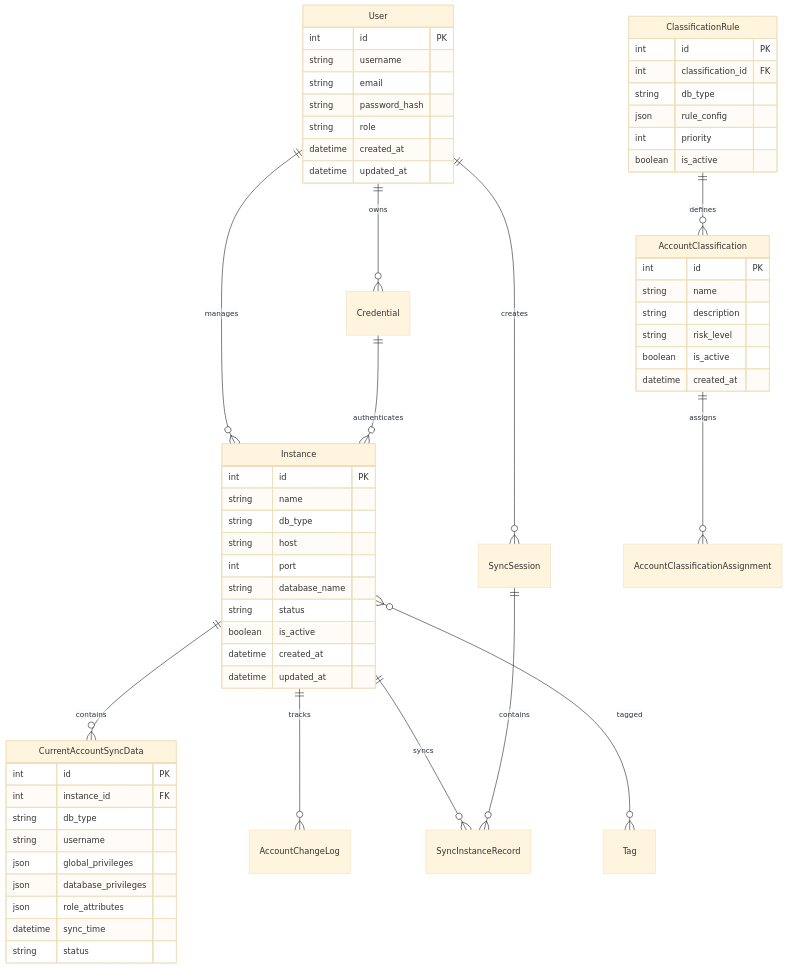
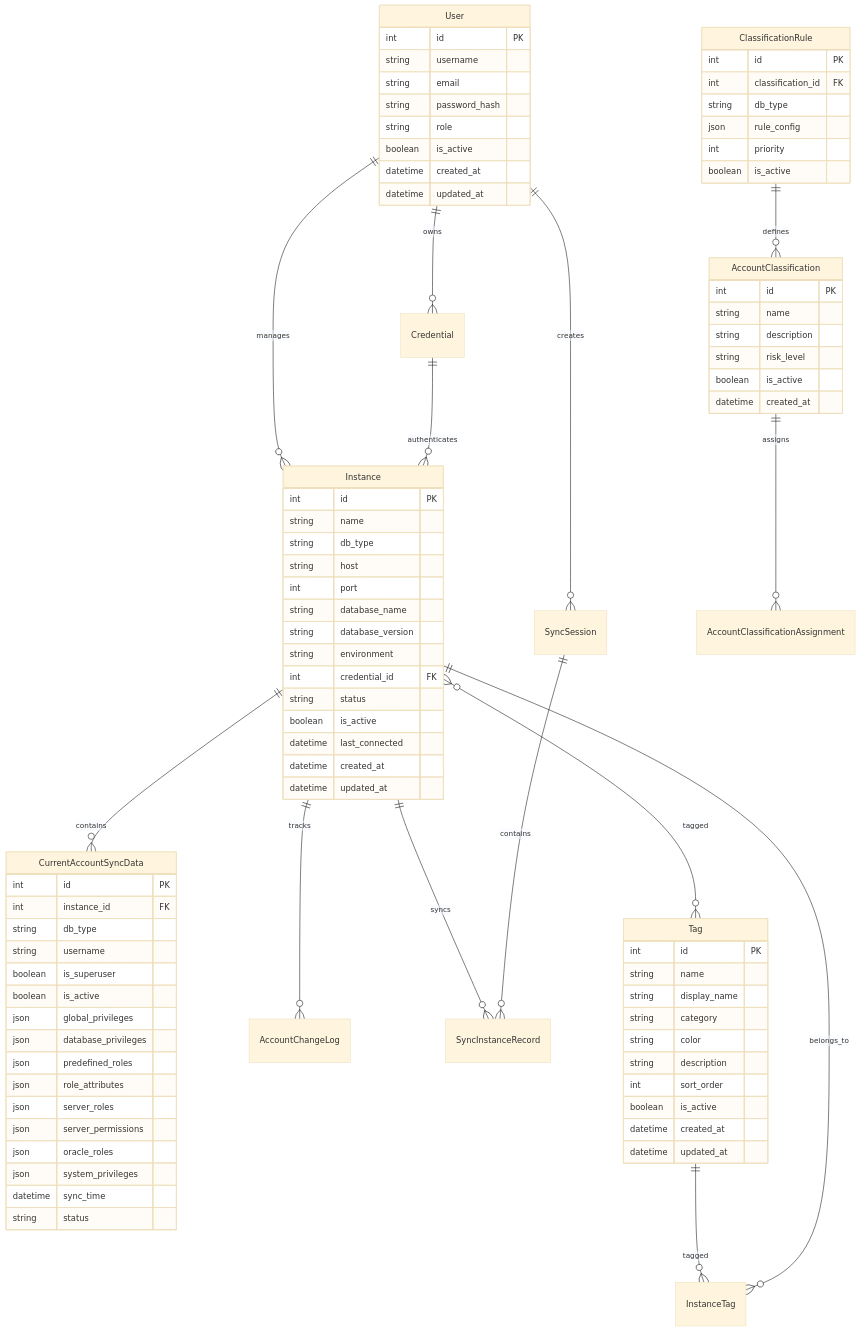
One commit to nyealovey/WhaleFall changed the third of 11 diagrams in docs/architecture/spec.md. Above: the diagram before and after it, drawn with Mermaid (base theme). The commit also changed other lines of this file and 56 other files, not shown here.

```diff
--- a/docs/architecture/spec.md
+++ b/docs/architecture/spec.md
@@ -186,12 +189,16 @@
     
     SyncSession ||--o{ SyncInstanceRecord : contains
     
+    Tag ||--o{ InstanceTag : tagged
+    InstanceTag }o--|| Instance : belongs_to
+    
     User {
         int id PK
         string username
         string email
         string password_hash
         string role
+        boolean is_active
         datetime created_at
         datetime updated_at
     }
@@ -203,8 +210,12 @@
         string host
         int port
         string database_name
+        string database_version
+        string environment
+        int credential_id FK
         string status
         boolean is_active
+        datetime last_connected
         datetime created_at
         datetime updated_at
     }
@@ -214,11 +225,31 @@
         int instance_id FK
         string db_type
         string username
+        boolean is_superuser
+        boolean is_active
         json global_privileges
         json database_privileges
+        json predefined_roles
         json role_attributes
+        json server_roles
+        json server_permissions
+        json oracle_roles
+        json system_privileges
         datetime sync_time
         string status
+    }
+    
+    Tag {
+        int id PK
+        string name
+        string display_name
+        string category
+        string color
+        string description
+        int sort_order
+        boolean is_active
+        datetime created_at
+        datetime updated_at
     }
     
     AccountClassification {
```
